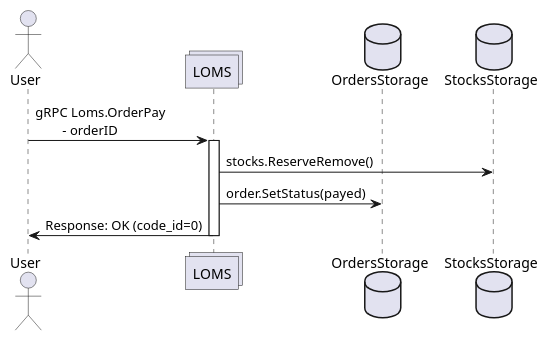
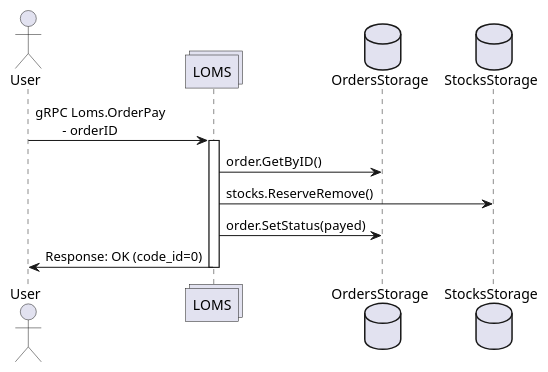
One commit to DimaSidorenko/logistics-platform changed the diagram in docs/homework-3/img/loms-order-pay.plantuml. Above: the diagram before and after it, drawn with PlantUML. The commit also changed 4 other files, not shown here.

```diff
--- a/docs/homework-3/img/loms-order-pay.plantuml
+++ b/docs/homework-3/img/loms-order-pay.plantuml
@@ -1,17 +1,18 @@
 @startuml
 
 actor User as u
 collections LOMS as l
 database OrdersStorage as os
 database StocksStorage as ss
 
 u -> l : gRPC Loms.OrderPay\n\t- orderID
 activate l
+l -> os : order.GetByID()
 l -> ss : stocks.ReserveRemove()
 l -> os : order.SetStatus(payed)
 
 l -> u : Response: OK (code_id=0)
 
 deactivate l
 
 @enduml
```
